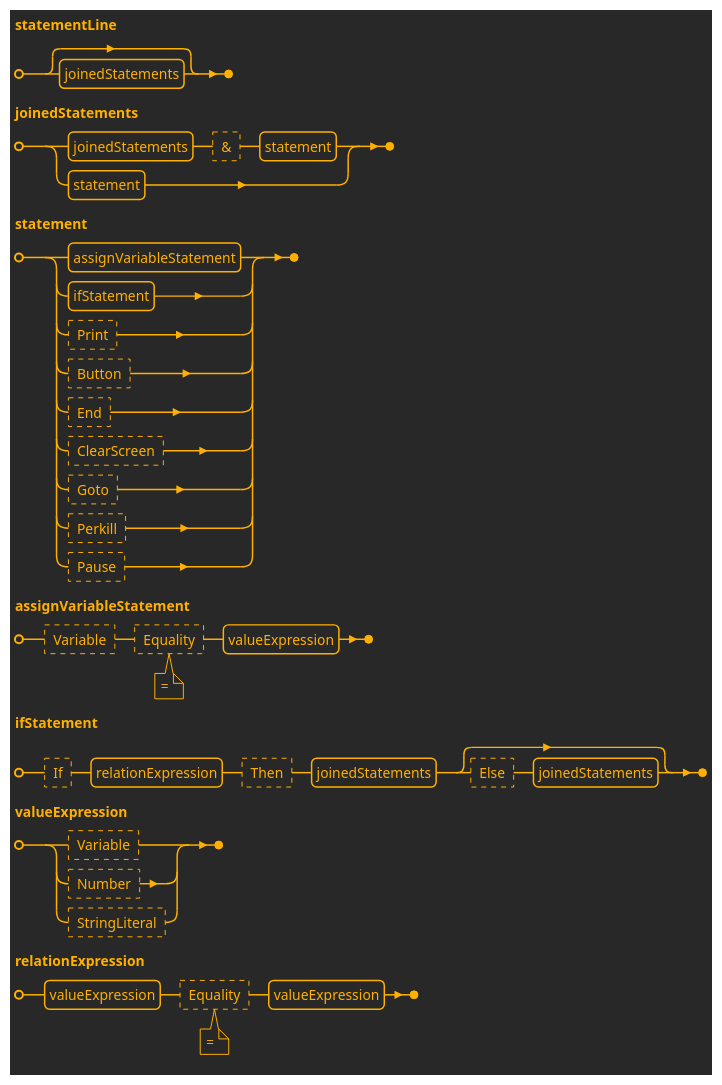
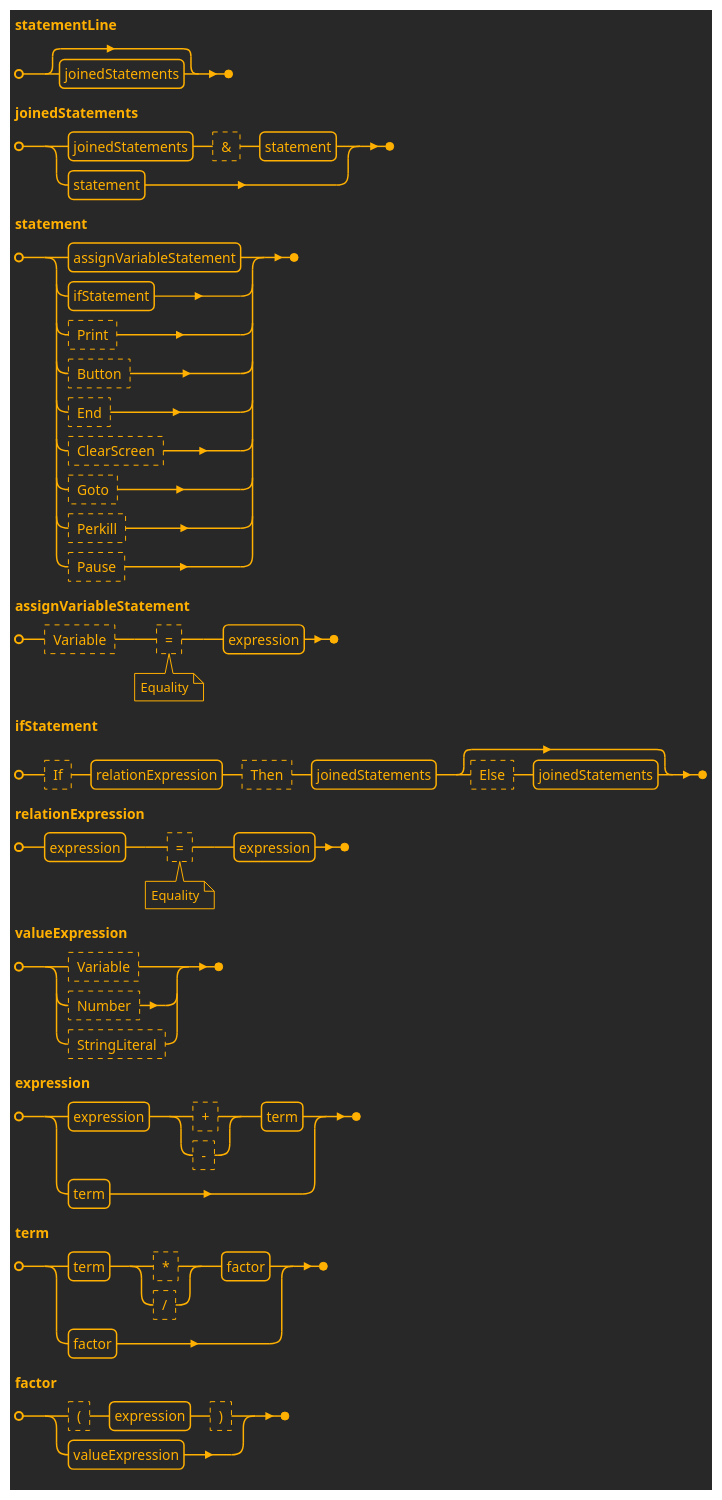
Before and after one commit to realsonic/MURQ: the first of 3 diagrams in Domain/MURQ.Domain/URQL/docs/URQL Lines Syntax.md, drawn with PlantUML. The commit also changed other lines of this file, not shown here.

Commit message:
#145: в синтаксическую диаграмму добавлены арифметические выражения

````diff
--- a/Domain/MURQ.Domain/URQL/docs/URQL Lines Syntax.md
+++ b/Domain/MURQ.Domain/URQL/docs/URQL Lines Syntax.md
@@ -2,30 +2,43 @@
 ```plantuml
 @startebnf URQL Line
 !theme crt-amber
+' skinparam monochrome reverse
 
 statementLine = [ joinedStatements ];
 
 joinedStatements = 
       joinedStatements, ? & ?, statement
     | statement;
 
 statement =
     assignVariableStatement
   | ifStatement
   | ? Print ?
   | ? Button ?
   | ? End ?
   | ? ClearScreen ?
   | ? Goto ?
   | ? Perkill ?
   | ? Pause ?;
 
-assignVariableStatement = ? Variable ?,  ? Equality ? (*""=""*), valueExpression;
+assignVariableStatement = ? Variable ?,  ? = ? (*Equality*), expression;
 
 ifStatement = ? If ?, relationExpression, ? Then ?, joinedStatements, [ ? Else ?, joinedStatements ];
 
+relationExpression = expression, ? = ? (*Equality*), expression;
+
 valueExpression = ? Variable ? | ? Number ? | ? StringLiteral ?;
 
-relationExpression = valueExpression, ? Equality ? (*""=""*), valueExpression;
+expression =
+    expression, (? + ? | ? - ?), term
+  | term;
+
+term =
+    term, (? * ? | ? / ?), factor
+  | factor;
+
+factor =
+    ? ( ?, expression, ? ) ?
+  | valueExpression; 
 @endebnf
 ```
````
